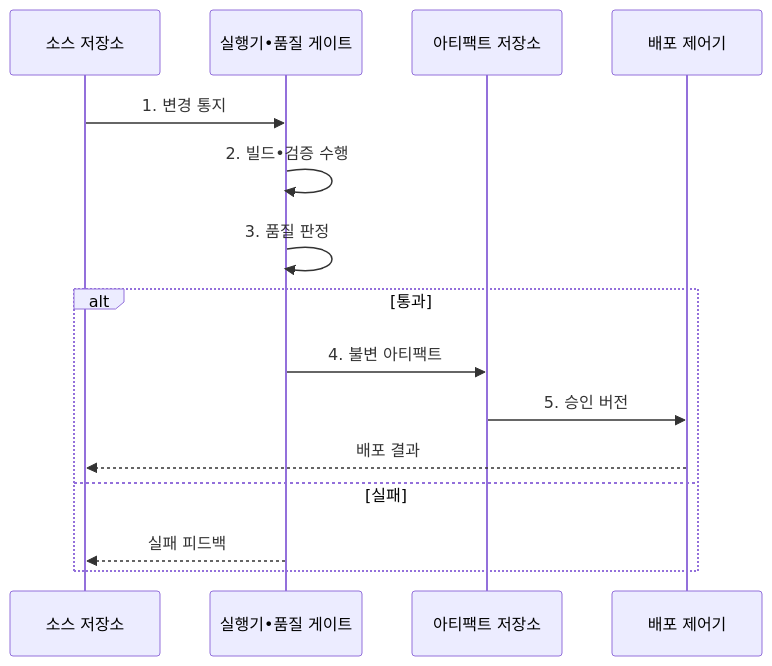
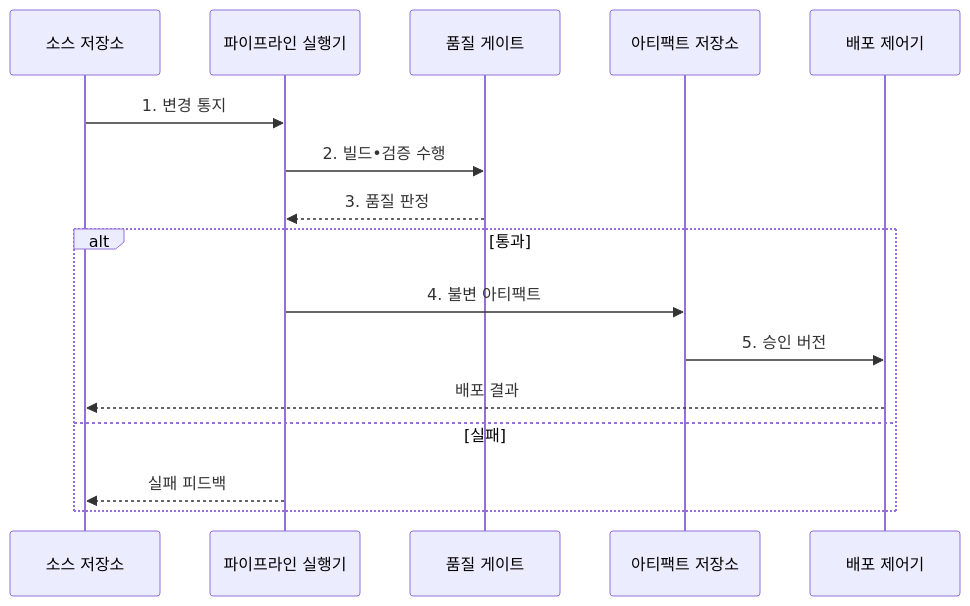
One commit to agnusdei1207/knowledge-base changed the second of 2 diagrams in src/content/docs/notes/03-software/053_ci_cd_pipeline.md. Above: the diagram before and after it, drawn with Mermaid. The commit also changed other lines of this file and 10 other files, not shown here.

````diff
--- a/src/content/docs/notes/03-software/053_ci_cd_pipeline.md
+++ b/src/content/docs/notes/03-software/053_ci_cd_pipeline.md
@@ -110,17 +110,18 @@
 ```mermaid
 sequenceDiagram
     participant S as 소스 저장소
-    participant R as 실행기•품질 게이트
+    participant R as 파이프라인 실행기
+    participant Q as 품질 게이트
     participant A as 아티팩트 저장소
     participant D as 배포 제어기
     S->>R: 1. 변경 통지
-    R->>R: 2. 빌드•검증 수행
-    R->>R: 3. 품질 판정
+    R->>Q: 2. 빌드•검증 수행
+    Q-->>R: 3. 품질 판정
     alt 통과
         R->>A: 4. 불변 아티팩트
         A->>D: 5. 승인 버전
         D-->>S: 배포 결과
     else 실패
         R-->>S: 실패 피드백
     end
 ```
````
